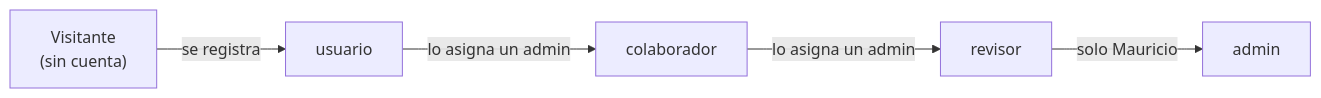
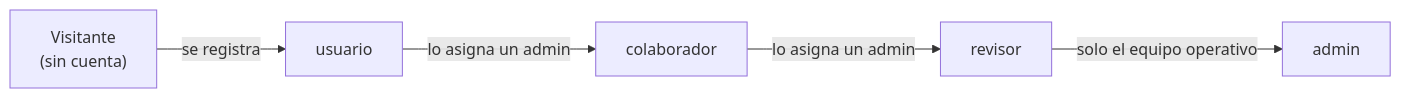
The first of 5 diagrams in docs/flujos.md (curn-iq/iq-platform), drawn with Mermaid before and after one commit. The commit also changed 24 other files, not shown here.

````diff
--- a/docs/flujos.md
+++ b/docs/flujos.md
@@ -21,7 +21,7 @@
 ```mermaid
 flowchart LR
     V["Visitante<br/>(sin cuenta)"] -->|se registra| U[usuario]
     U -->|lo asigna un admin| C[colaborador]
     C -->|lo asigna un admin| R[revisor]
-    R -->|solo Mauricio| A[admin]
+    R -->|solo el equipo operativo| A[admin]
 ```
````
